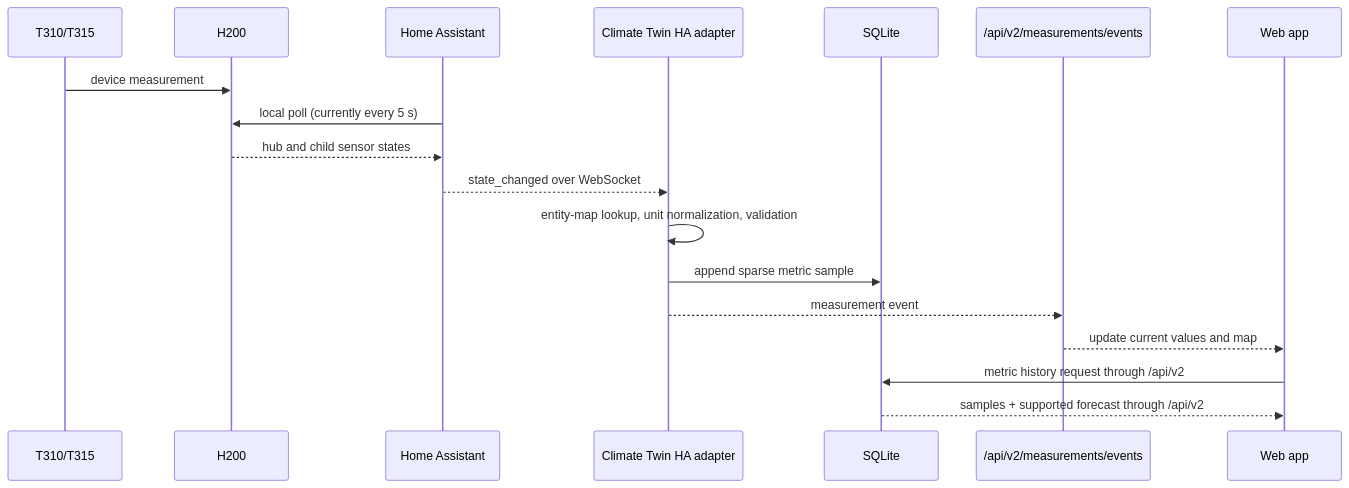
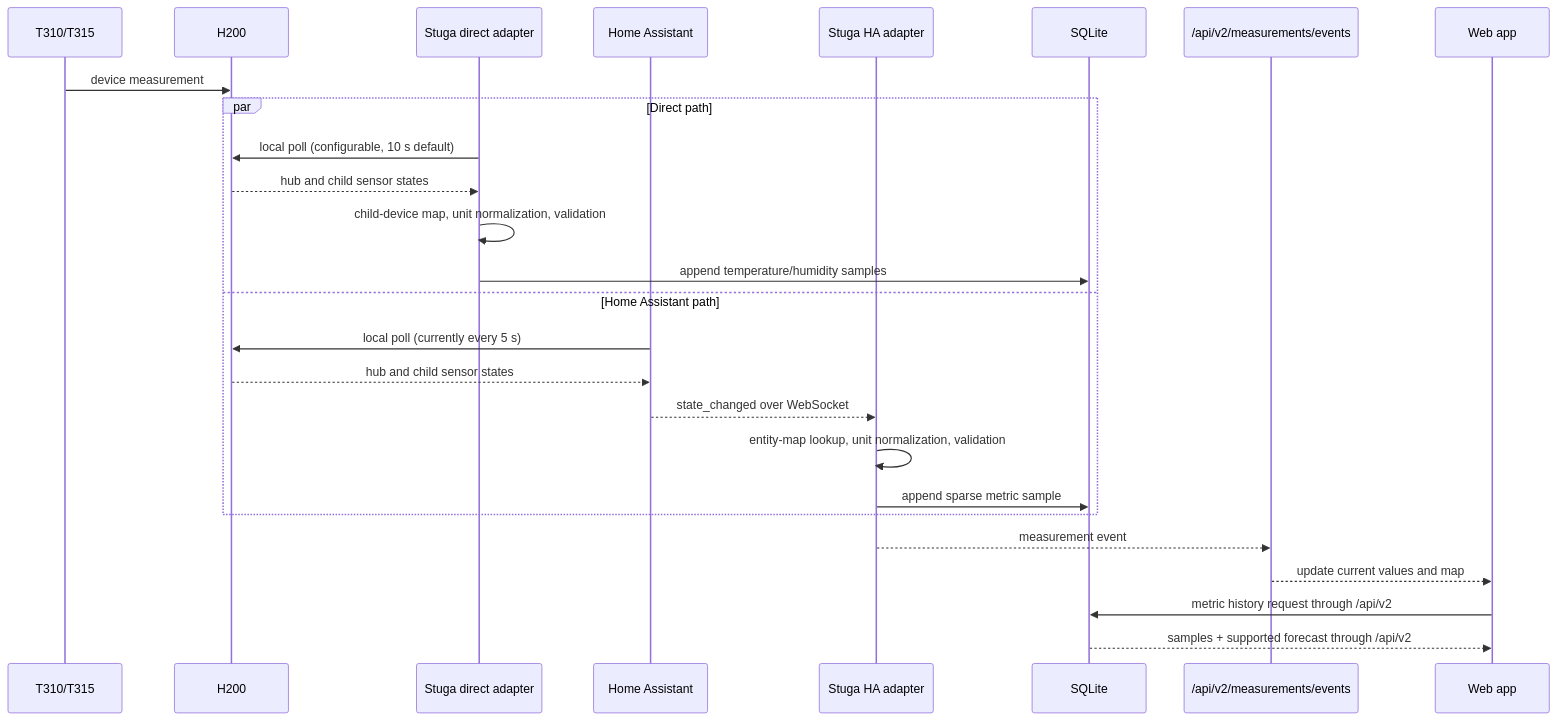
One commit to liljestk/open-stuga changed the second of 2 diagrams in docs/architecture.md. Above: the diagram before and after it, drawn with Mermaid. The commit also changed other lines of this file and 171 other files, not shown here.

````diff
--- a/docs/architecture.md
+++ b/docs/architecture.md
@@ -71,21 +91,29 @@
 ```mermaid
 sequenceDiagram
     participant T as T310/T315
     participant H as H200
+    participant D as Stuga direct adapter
     participant HA as Home Assistant
-    participant B as Climate Twin HA adapter
+    participant B as Stuga HA adapter
     participant DB as SQLite
     participant SSE as /api/v2/measurements/events
     participant UI as Web app
 
     T->>H: device measurement
-    HA->>H: local poll (currently every 5 s)
-    H-->>HA: hub and child sensor states
-    HA-->>B: state_changed over WebSocket
-    B->>B: entity-map lookup, unit normalization, validation
-    B->>DB: append sparse metric sample
+    par Direct path
+        D->>H: local poll (configurable, 10 s default)
+        H-->>D: hub and child sensor states
+        D->>D: child-device map, unit normalization, validation
+        D->>DB: append temperature/humidity samples
+    and Home Assistant path
+        HA->>H: local poll (currently every 5 s)
+        H-->>HA: hub and child sensor states
+        HA-->>B: state_changed over WebSocket
+        B->>B: entity-map lookup, unit normalization, validation
+        B->>DB: append sparse metric sample
+    end
     B-->>SSE: measurement event
     SSE-->>UI: update current values and map
     UI->>DB: metric history request through /api/v2
     DB-->>UI: samples + supported forecast through /api/v2
 ```
````
